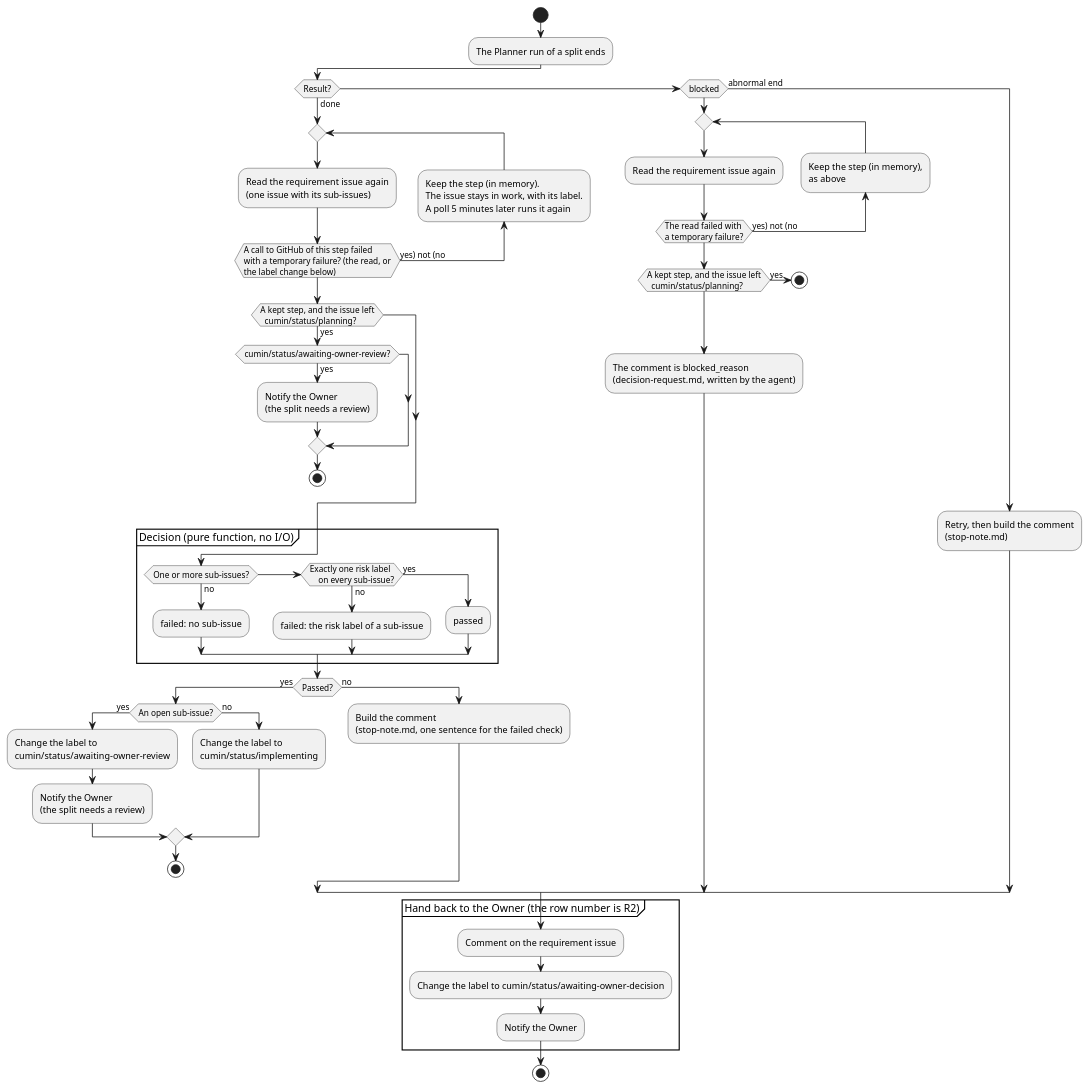
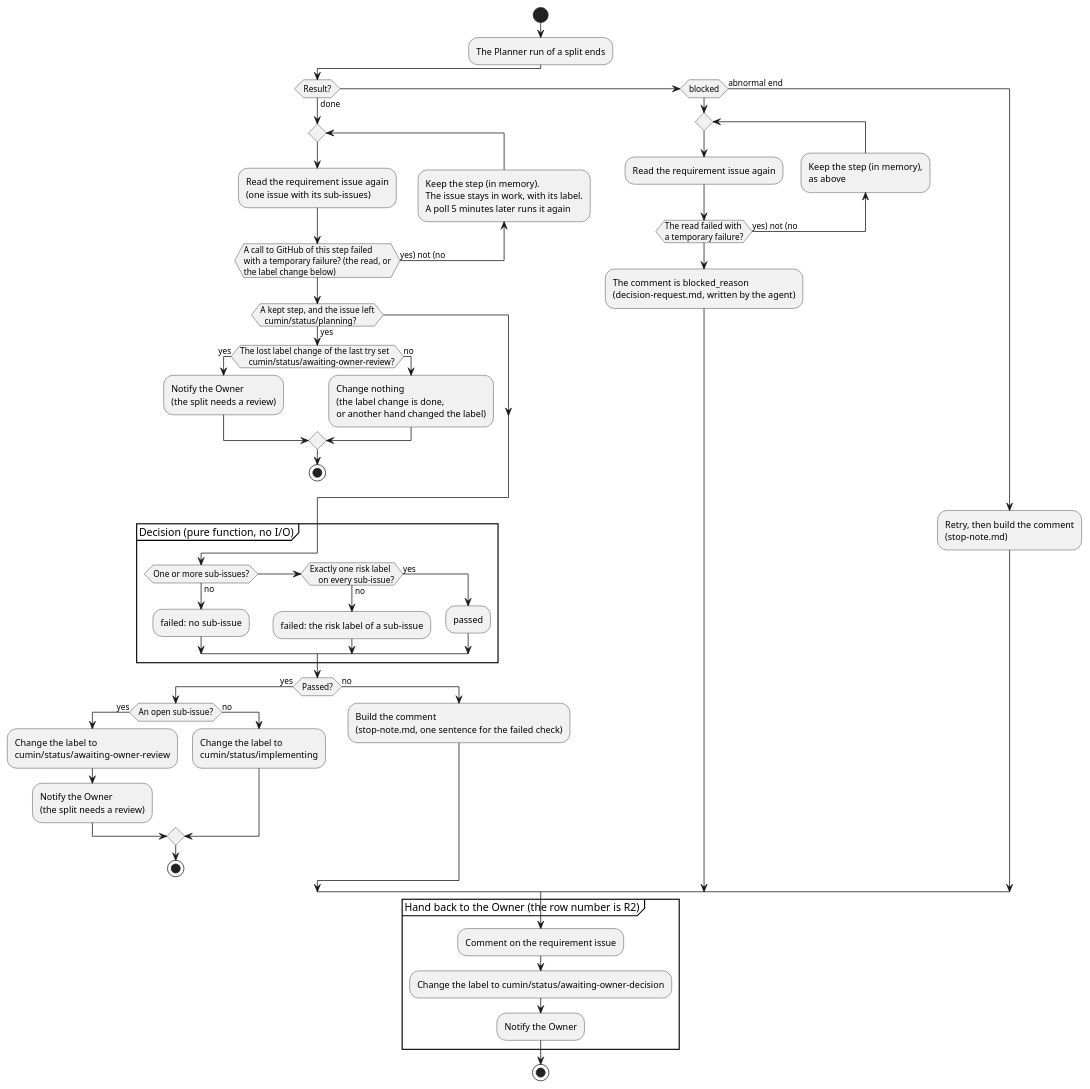
One commit to cloveclovedev/cumin-works changed the diagram in docs/ja/designs/poll-split.puml. Above: the diagram before and after it, drawn with PlantUML. The commit also changed 1 other file, not shown here.

Commit message:
docs(designs): show the lost label change and the kept stop in the diagram of the split

```diff
--- a/docs/ja/designs/poll-split.puml
+++ b/docs/ja/designs/poll-split.puml
@@ -1,77 +1,78 @@
 @startuml poll-split
 ' cumin works - the end of a Planner run that split a requirement issue (R2): the check of the split, the kept step after a temporary failure, and the way back to the Owner.
 ' Document: poll.md, section on the end of a run.
 ' Render: run scripts/render-diagrams.sh at the root of the repository.
 skinparam shadowing false
 skinparam defaultFontName sans-serif
 
 start
 :The Planner run of a split ends;
 if (Result?) then (done)
   repeat
     :Read the requirement issue again
     (one issue with its sub-issues);
     backward :Keep the step (in memory).
     The issue stays in work, with its label.
     A poll 5 minutes later runs it again;
   repeat while (A call to GitHub of this step failed
   with a temporary failure? (the read, or
   the label change below)) is (yes) not (no)
   if (A kept step, and the issue left
   cumin/status/planning?) then (yes)
-    if (cumin/status/awaiting-owner-review?) then (yes)
+    if (The lost label change of the last try set
+    cumin/status/awaiting-owner-review?) then (yes)
       :Notify the Owner
       (the split needs a review);
+    else (no)
+      :Change nothing
+      (the label change is done,
+      or another hand changed the label);
     endif
     stop
   endif
   partition "Decision (pure function, no I/O)" {
     if (One or more sub-issues?) then (no)
       :failed: no sub-issue;
     elseif (Exactly one risk label
     on every sub-issue?) then (no)
       :failed: the risk label of a sub-issue;
     else (yes)
       :passed;
     endif
   }
   if (Passed?) then (yes)
     if (An open sub-issue?) then (yes)
       :Change the label to
       cumin/status/awaiting-owner-review;
       :Notify the Owner
       (the split needs a review);
     else (no)
       :Change the label to
       cumin/status/implementing;
     endif
     stop
   else (no)
     :Build the comment
     (stop-note.md, one sentence for the failed check);
   endif
 elseif (blocked) then
   repeat
     :Read the requirement issue again;
     backward :Keep the step (in memory),
     as above;
   repeat while (The read failed with
   a temporary failure?) is (yes) not (no)
-  if (A kept step, and the issue left
-  cumin/status/planning?) then (yes)
-    stop
-  endif
   :The comment is blocked_reason
   (decision-request.md, written by the agent);
 else (abnormal end)
   :Retry, then build the comment
   (stop-note.md);
 endif
 
 partition "Hand back to the Owner (the row number is R2)" {
   :Comment on the requirement issue;
   :Change the label to cumin/status/awaiting-owner-decision;
   :Notify the Owner;
 }
 stop
 @enduml
```
